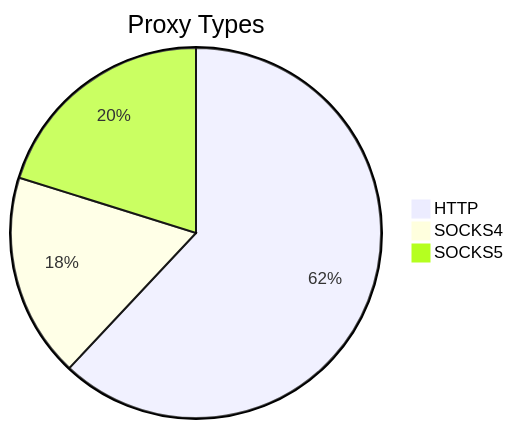
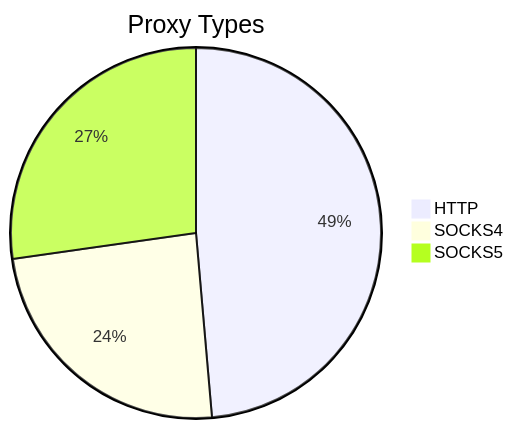
The first of 2 diagrams in README.md (stormsia/proxy-list), drawn with Mermaid before and after one commit. The commit also changed other lines of this file, not shown here.

````diff
--- a/README.md
+++ b/README.md
@@ -21,6 +21,6 @@
 ```mermaid
 pie title Proxy Types
-    "HTTP" : 212
-    "SOCKS4" : 61
-    "SOCKS5" : 69
+    "HTTP" : 141
+    "SOCKS4" : 70
+    "SOCKS5" : 79
 ```
````
